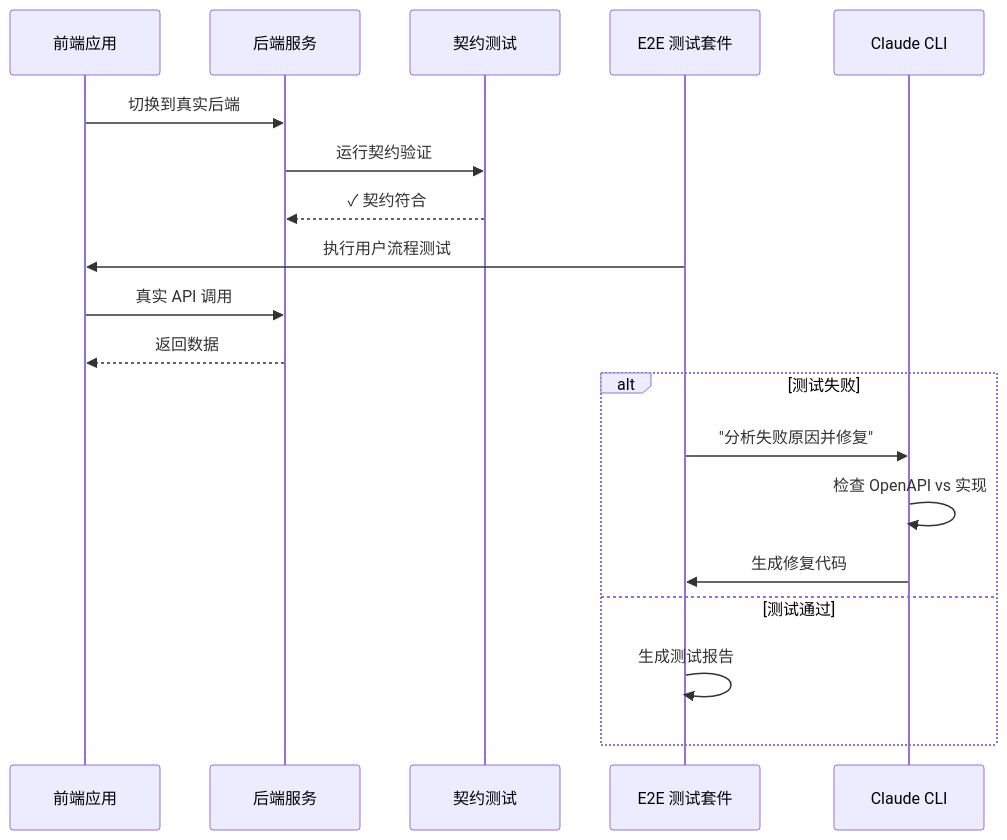
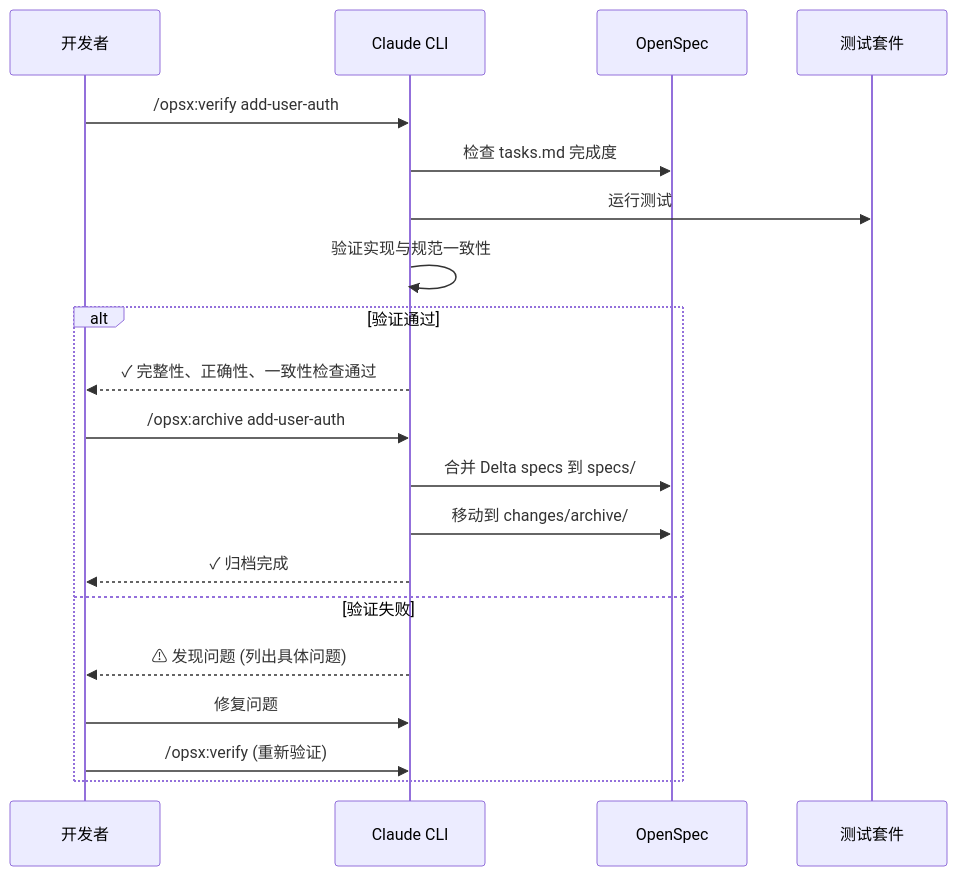
Before and after one commit to nishigepi8/note: the fifth of 7 diagrams in AI/AI全栈开发协作流程标准.md, drawn with Mermaid. The commit also changed other lines of this file and 16 other files, not shown here.

````diff
--- a/AI/AI全栈开发协作流程标准.md
+++ b/AI/AI全栈开发协作流程标准.md
@@ -114,24 +341,24 @@
 ```mermaid
 sequenceDiagram
-    participant FE as 前端应用
-    participant BE as 后端服务
-    participant Contract as 契约测试
-    participant E2E as E2E 测试套件
-    participant Claude as Claude CLI
+    participant Dev as 开发者
+    participant AI as Claude CLI
+    participant OpenSpec as OpenSpec
+    participant Tests as 测试套件
     
-    FE->>BE: 切换到真实后端
-    BE->>Contract: 运行契约验证
-    Contract-->>BE: ✓ 契约符合
+    Dev->>AI: /opsx:verify add-user-auth
+    AI->>OpenSpec: 检查 tasks.md 完成度
+    AI->>Tests: 运行测试
+    AI->>AI: 验证实现与规范一致性
     
-    E2E->>FE: 执行用户流程测试
-    FE->>BE: 真实 API 调用
-    BE-->>FE: 返回数据
-    
-    alt 测试失败
-        E2E->>Claude: "分析失败原因并修复"
-        Claude->>Claude: 检查 OpenAPI vs 实现
-        Claude->>E2E: 生成修复代码
-    else 测试通过
-        E2E->>E2E: 生成测试报告
+    alt 验证通过
+        AI-->>Dev: ✓ 完整性、正确性、一致性检查通过
+        Dev->>AI: /opsx:archive add-user-auth
+        AI->>OpenSpec: 合并 Delta specs 到 specs/
+        AI->>OpenSpec: 移动到 changes/archive/
+        AI-->>Dev: ✓ 归档完成
+    else 验证失败
+        AI-->>Dev: ⚠ 发现问题 (列出具体问题)
+        Dev->>AI: 修复问题
+        Dev->>AI: /opsx:verify (重新验证)
     end
 ```
````
